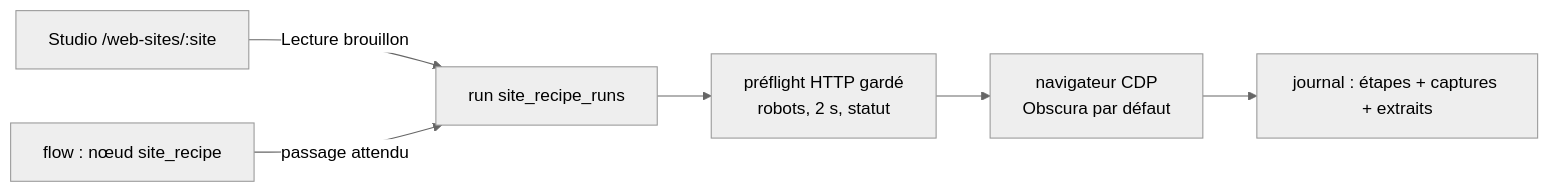
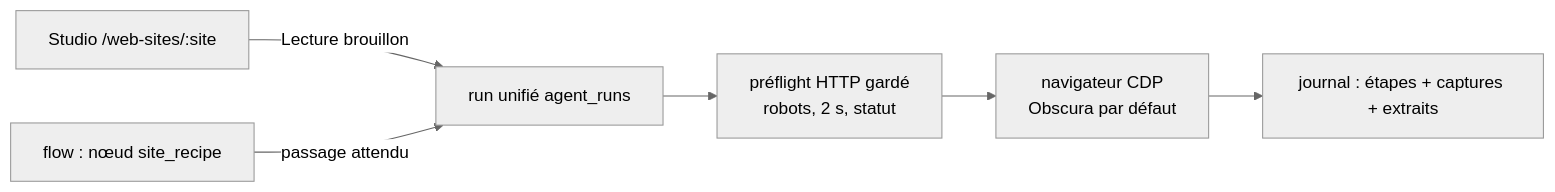
One commit to Pnex/pnex-rs changed the diagram in docs/architecture/site-recipes.md. Above: the diagram before and after it, drawn with Mermaid (neutral theme). The commit also changed other lines of this file and 9 other files, not shown here.

First line of the commit message:
feat(agents): site recipe runs become unified runs (D781, lot U1)

````diff
--- a/docs/architecture/site-recipes.md
+++ b/docs/architecture/site-recipes.md
@@ -18,8 +18,8 @@
 ```mermaid
 flowchart LR
-  S[Studio /web-sites/:site] -- Lecture brouillon --> R[run site_recipe_runs]
+  S[Studio /web-sites/:site] -- Lecture brouillon --> R[run unifié agent_runs]
   F[flow : nœud site_recipe] -- passage attendu --> R
   R --> P[préflight HTTP gardé<br/>robots, 2 s, statut]
   P --> B[navigateur CDP<br/>Obscura par défaut]
   B --> J[journal : étapes + captures + extraits]
 ```
````
